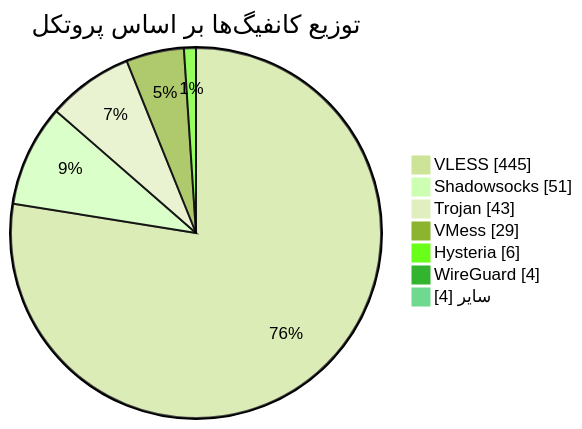
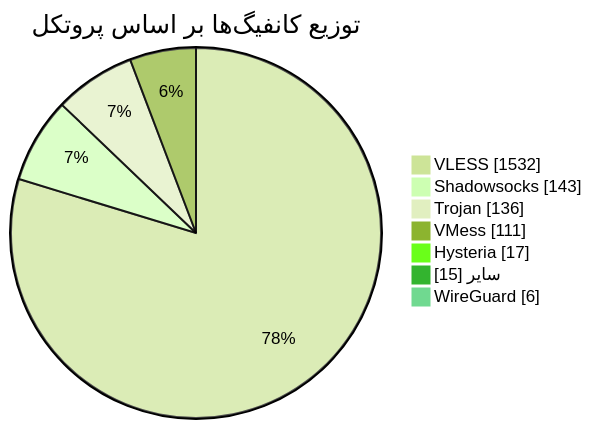
One commit to Arian-Alijani/Somthing changed the diagram in README.md. Above: the diagram before and after it, drawn with Mermaid (forest theme). The commit also changed other lines of this file and 21 other files, not shown here.

````diff
--- a/README.md
+++ b/README.md
@@ -49,11 +49,11 @@
 ```mermaid
 pie showData
     title توزیع کانفیگ‌ها بر اساس پروتکل
-    "VLESS" : 445
-    "Shadowsocks" : 51
-    "Trojan" : 43
-    "VMess" : 29
-    "Hysteria" : 6
-    "WireGuard" : 4
-    "سایر" : 4
+    "VLESS" : 1532
+    "Shadowsocks" : 143
+    "Trojan" : 136
+    "VMess" : 111
+    "Hysteria" : 17
+    "سایر" : 15
+    "WireGuard" : 6
 ```
````
